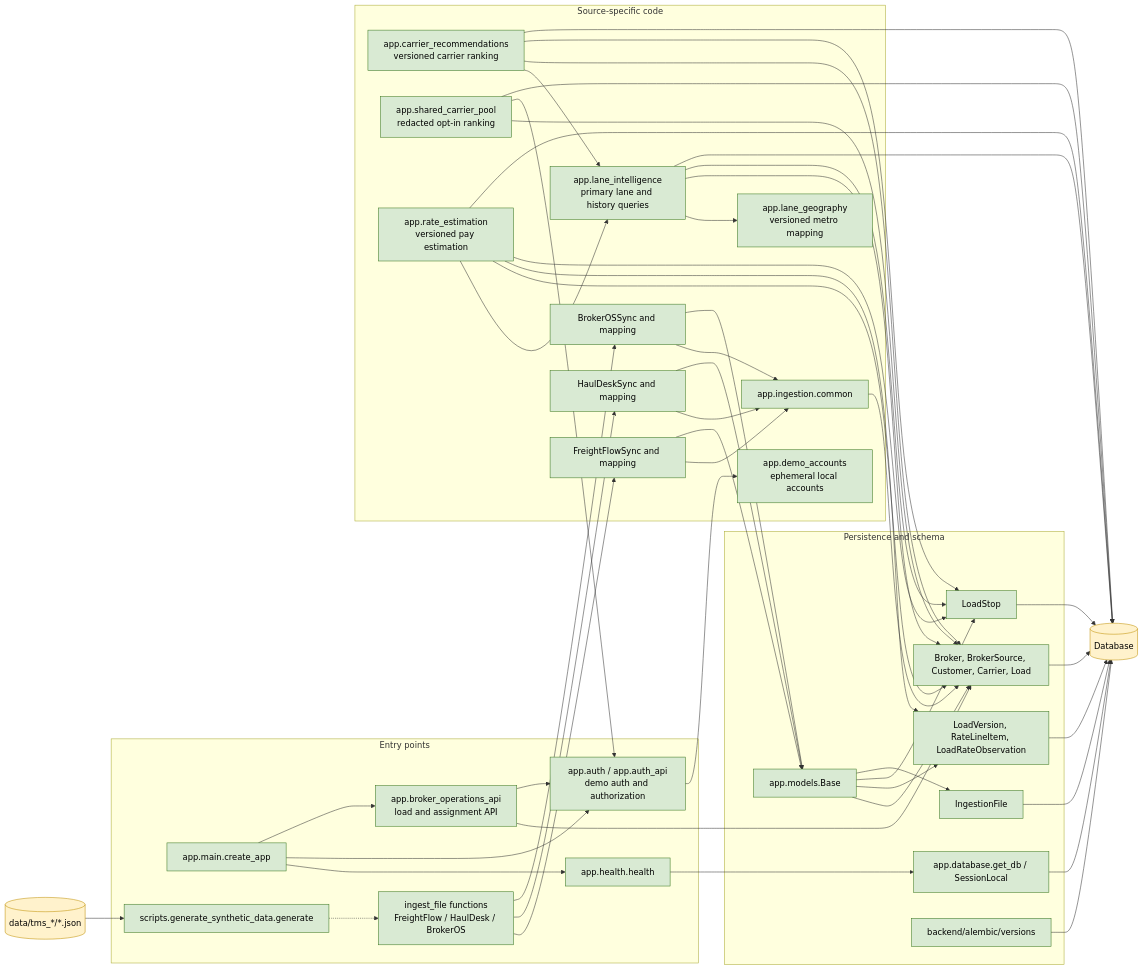
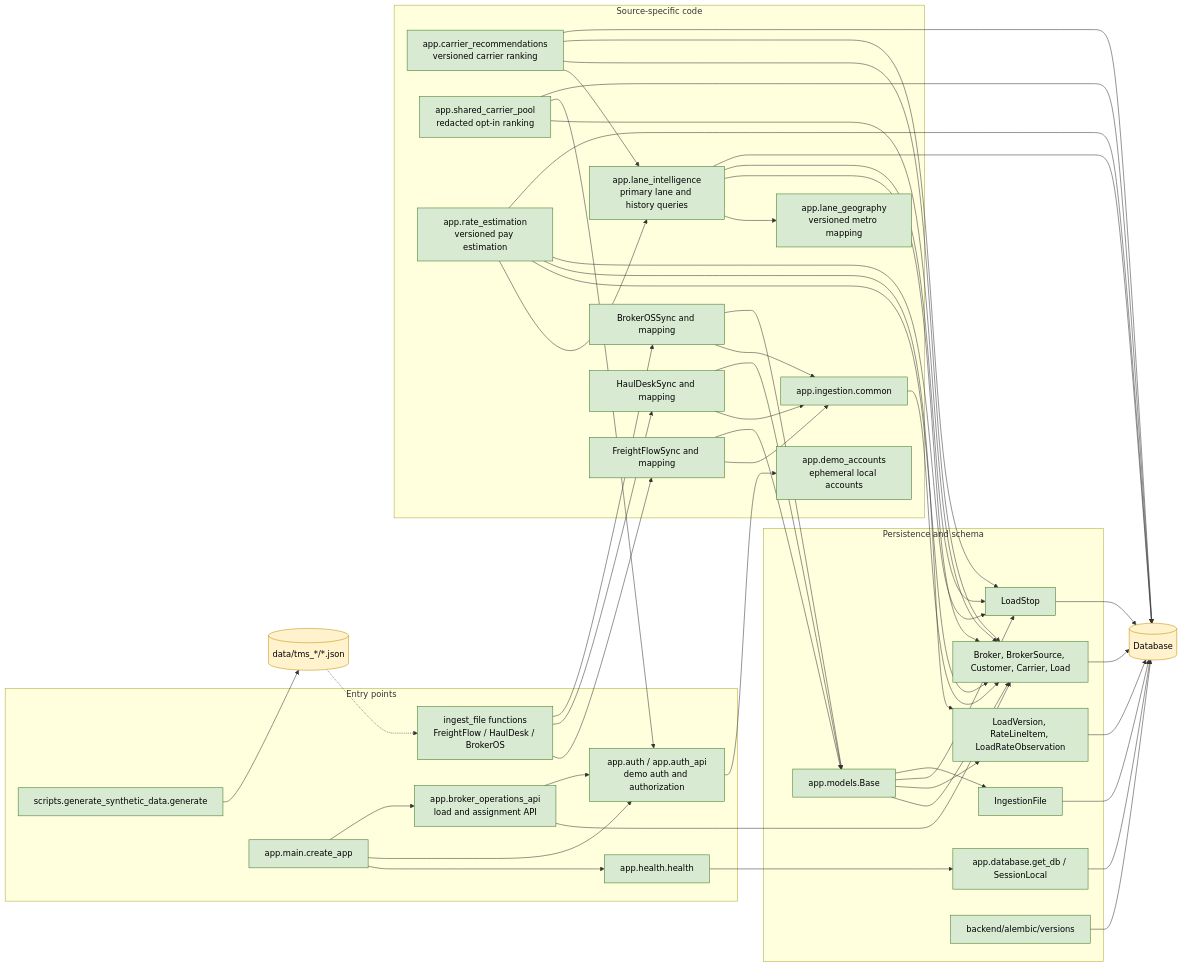
Before and after one commit to thetonyweapon/carrier-pool: the diagram in openspec/architecture/code.md, drawn with Mermaid. The commit also changed 212 other files, not shown here.

```diff
--- a/openspec/architecture/code.md
+++ b/openspec/architecture/code.md
@@ -86,8 +86,8 @@
     stops --> database
     files --> database
     migrations --> database
-    raw --> generate
-    generate -.-> ingest
+    generate --> raw
+    raw -.-> ingest
 
     classDef delivered fill:#d9ead3,stroke:#38761d,color:#000;
     classDef planned fill:#f3f3f3,stroke:#666,color:#000,stroke-dasharray: 5 5;
```
